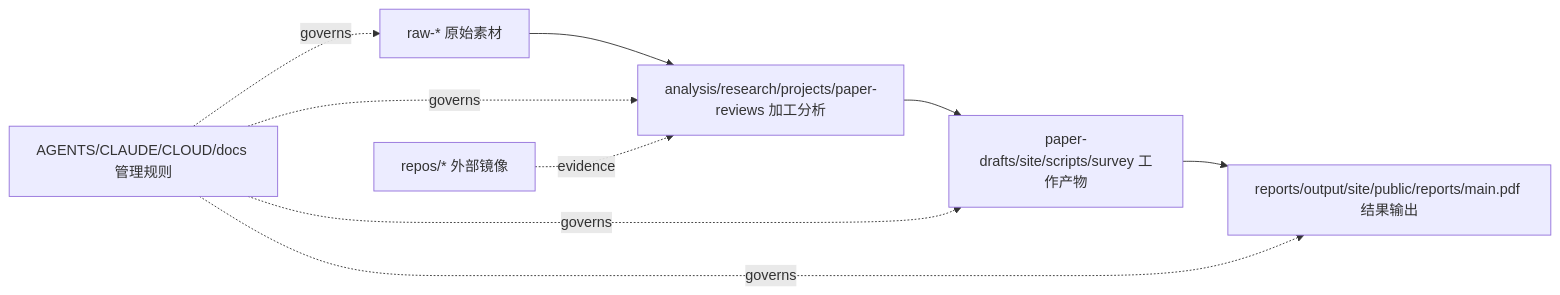
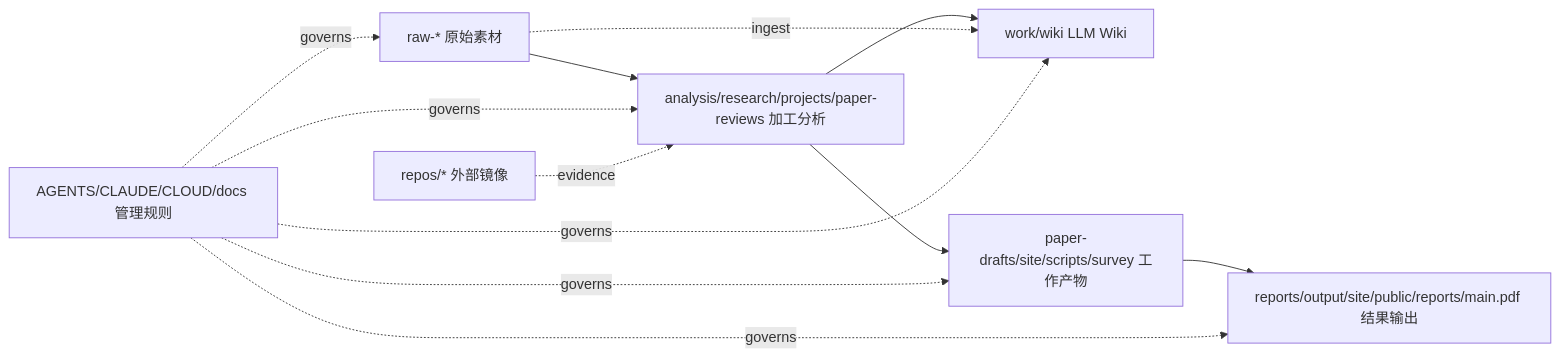
One commit to Shiyao-Huang/awesome-agent-evolution changed the diagram in docs/indexes/master-index.md. Above: the diagram before and after it, drawn with Mermaid. The commit also changed other lines of this file and 3 other files, not shown here.

First line of the commit message:
Fix index generator: add work/research, work/wiki, CURRENT_GOAL.md, wiki layer

````diff
--- a/docs/indexes/master-index.md
+++ b/docs/indexes/master-index.md
@@ -36,11 +36,14 @@
 ```mermaid
 flowchart LR
   RAW["raw-* 原始素材"] --> PROCESSED["analysis/research/projects/paper-reviews 加工分析"]
+  PROCESSED --> WIKI["work/wiki LLM Wiki"]
+  RAW -. ingest .-> WIKI
   PROCESSED --> WORK["paper-drafts/site/scripts/survey 工作产物"]
   WORK --> RESULTS["reports/output/site/public/reports/main.pdf 结果输出"]
   OPS["AGENTS/CLAUDE/CLOUD/docs 管理规则"] -. governs .-> RAW
   OPS -. governs .-> PROCESSED
+  OPS -. governs .-> WIKI
   OPS -. governs .-> WORK
   OPS -. governs .-> RESULTS
   MIRRORS["repos/* 外部镜像"] -. evidence .-> PROCESSED
 ```
````
